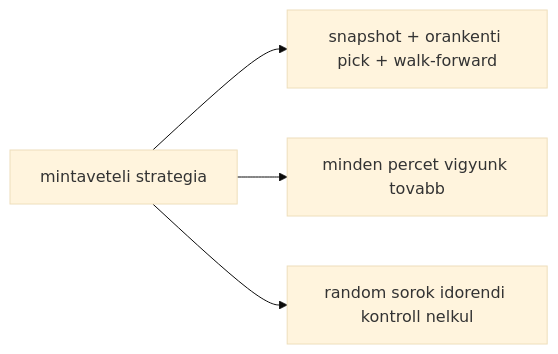
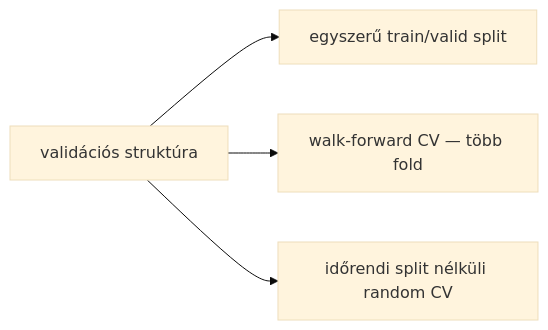
The second of 5 diagrams in _doc_/methodology_doc/5400_sampling.md (Nemesis14/chronoquant), drawn with Mermaid (base theme) before and after one commit. The commit also changed other lines of this file and 1415 other files, not shown here.

````diff
--- a/_doc_/methodology_doc/5400_sampling.md
+++ b/_doc_/methodology_doc/5400_sampling.md
@@ -21,7 +57,7 @@
 ```mermaid
 flowchart LR
-  Q[mintaveteli strategia]
-  Q --> A[snapshot + orankenti pick + walk-forward]
-  Q --> B[minden percet vigyunk tovabb]
-  Q --> C[random sorok idorendi kontroll nelkul]
+  Q[validációs struktúra]
+  Q --> A[egyszerű train/valid split]
+  Q --> B[walk-forward CV — több fold]
+  Q --> C[időrendi split nélküli random CV]
 ```
````
